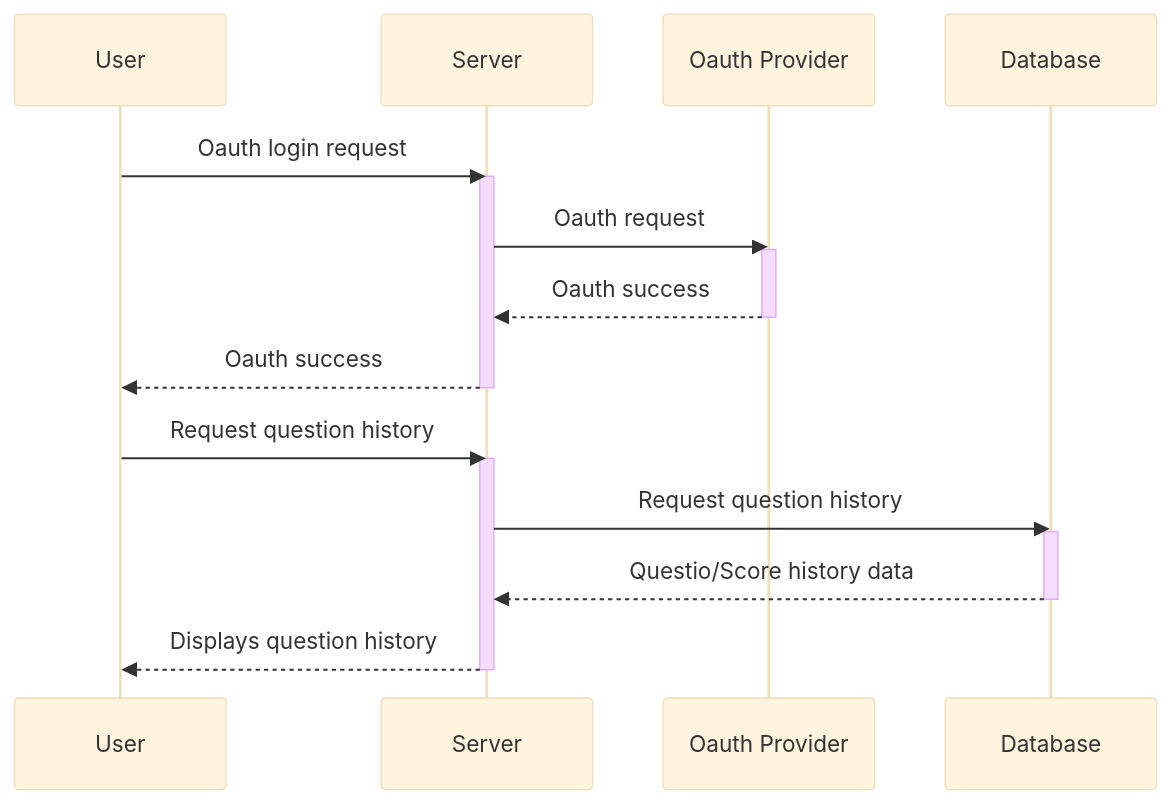
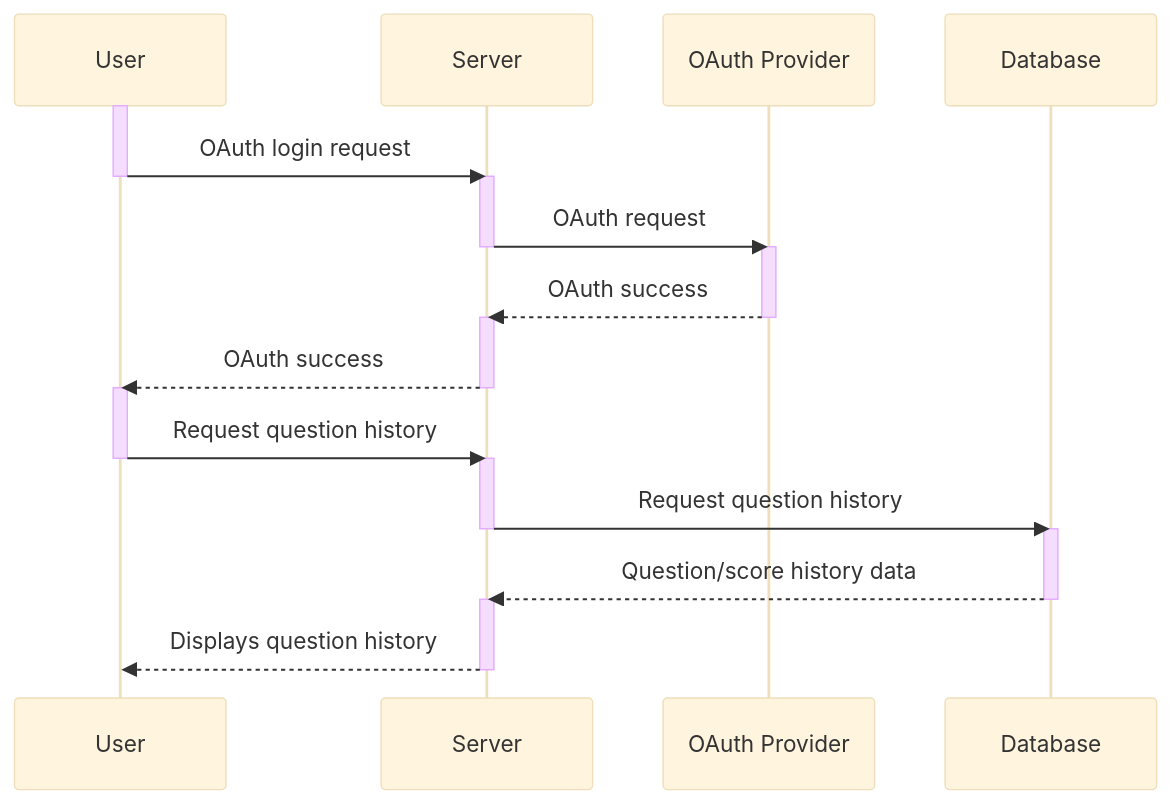
The sixth of 8 diagrams in documentation/docs/system-architecture/Sequence Diagrams.md (capstone-projects-2024-fall/project-whiteboardflow), drawn with Mermaid (base theme) before and after one commit. The commit also changed other lines of this file, not shown here.

First line of the commit message:
Revise sequence diagrams

````diff
--- a/documentation/docs/system-architecture/Sequence Diagrams.md
+++ b/documentation/docs/system-architecture/Sequence Diagrams.md
@@ -175,33 +204,42 @@
 ```mermaid
 
 sequenceDiagram
 
 participant User
 participant Server
-participant Oauth Provider
+participant OAuth Provider
 participant Database
 
-User->>Server:Oauth login request
+activate User
+User ->> Server: OAuth login request
+deactivate User
+
 activate Server
-
-Server->>Oauth Provider:Oauth request
-activate Oauth Provider
-Oauth Provider-->>Server:Oauth success
-deactivate Oauth Provider
-
-Server-->>User:Oauth success
+Server ->> OAuth Provider: OAuth request
 deactivate Server
 
-User->>Server:Request question history
+activate OAuth Provider
+OAuth Provider -->> Server: OAuth success
+deactivate OAuth Provider
+
 activate Server
+Server -->> User: OAuth success
+deactivate Server
 
-Server->>Database:Request question history
+activate User
+User ->> Server: Request question history
+deactivate User
+
+activate Server
+Server ->> Database: Request question history
+deactivate Server
+
 activate Database
-
-Database-->>Server:Questio/Score history data
+Database -->> Server: Question/score history data
 deactivate Database
 
-Server-->>User:Displays question history
+activate Server
+Server -->> User: Displays question history
 deactivate Server
 
 ```
````
